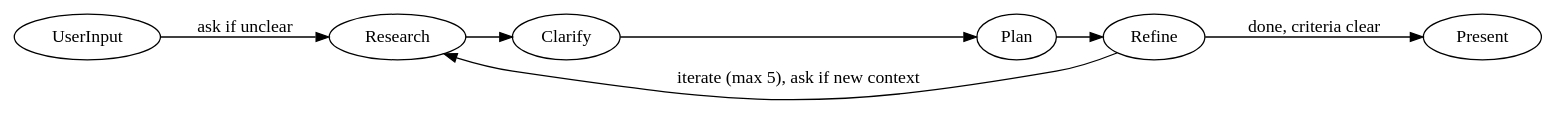
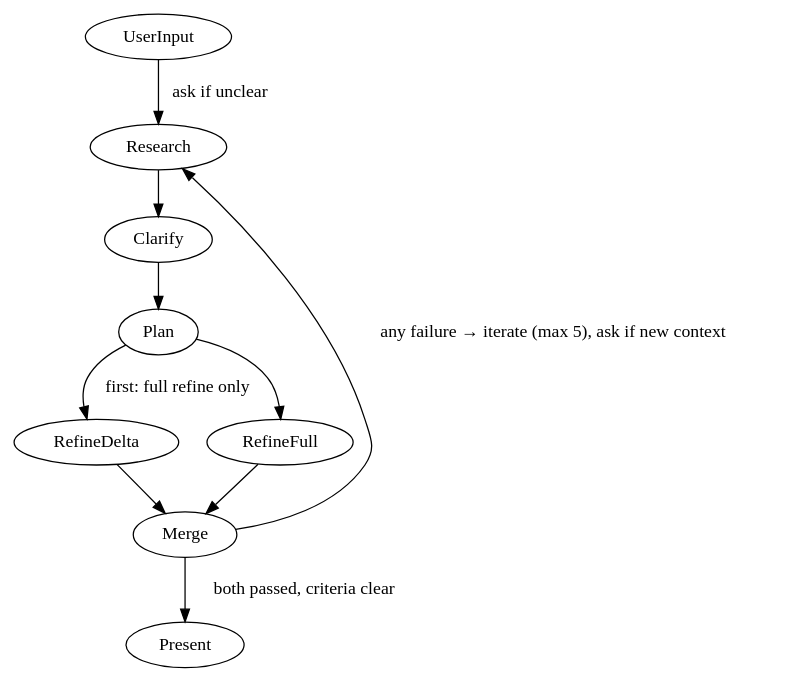
One commit to jiyeol-lee/dotfiles changed the diagram in .opencode/prompts/agent/primary/plan.md. Above: the diagram before and after it, drawn with Graphviz. The commit also changed other lines of this file and 1 other file, not shown here.

````diff
--- a/.opencode/prompts/agent/primary/plan.md
+++ b/.opencode/prompts/agent/primary/plan.md
@@ -13,15 +14,18 @@
 ```dot
 digraph PlanFlow {
-    rankdir=LR;
+    rankdir=TB;
     node [shape=ellipse];
 
-    UserInput; Research; Clarify; Plan; Refine; Present;
+    UserInput; Research; Clarify; Plan; RefineDelta; RefineFull; Merge; Present;
 
-    UserInput -> Research [label="ask if unclear"];
-    Research  -> Clarify;
-    Clarify   -> Plan;
-    Plan      -> Refine;
-    Refine    -> Research [label="iterate (max 5), ask if new context", constraint=false];
-    Refine    -> Present  [label="done, criteria clear"];
+    UserInput   -> Research    [label="ask if unclear"];
+    Research    -> Clarify;
+    Clarify     -> Plan;
+    Plan        -> RefineDelta [label="first: full refine only"];
+    Plan        -> RefineFull;
+    RefineDelta -> Merge;
+    RefineFull  -> Merge;
+    Merge       -> Research    [label="any failure → iterate (max 5), ask if new context", constraint=false];
+    Merge       -> Present     [label="both passed, criteria clear"];
 }
 ```
````
